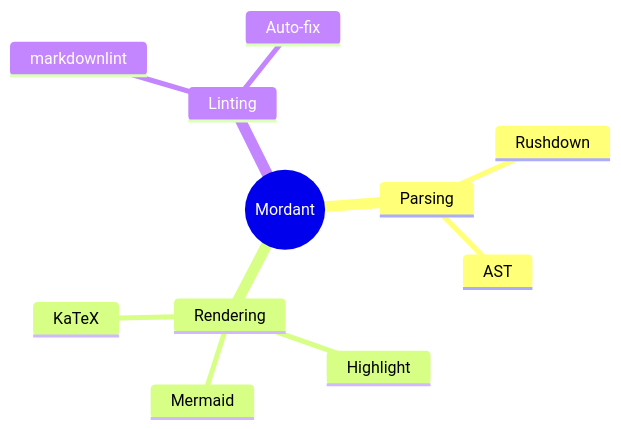
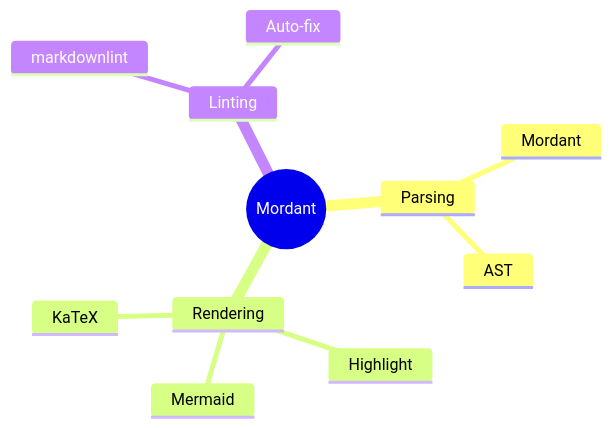
Before and after one commit to opticsWolf/mordant: the tenth of 12 diagrams in mordant-py/example/demo.md, drawn with Mermaid. The commit also changed other lines of this file and 46 other files, not shown here.

First line of the commit message:
Rename rushdown to mordant; prepare crates.io release

````diff
--- a/mordant-py/example/demo.md
+++ b/mordant-py/example/demo.md
@@ -292,14 +292,14 @@
 ```mermaid
 mindmap
   root((Mordant))
     Parsing
-      Rushdown
+      Mordant
       AST
     Rendering
       Highlight
       Mermaid
       KaTeX
     Linting
       markdownlint
       Auto-fix
 ```
````
